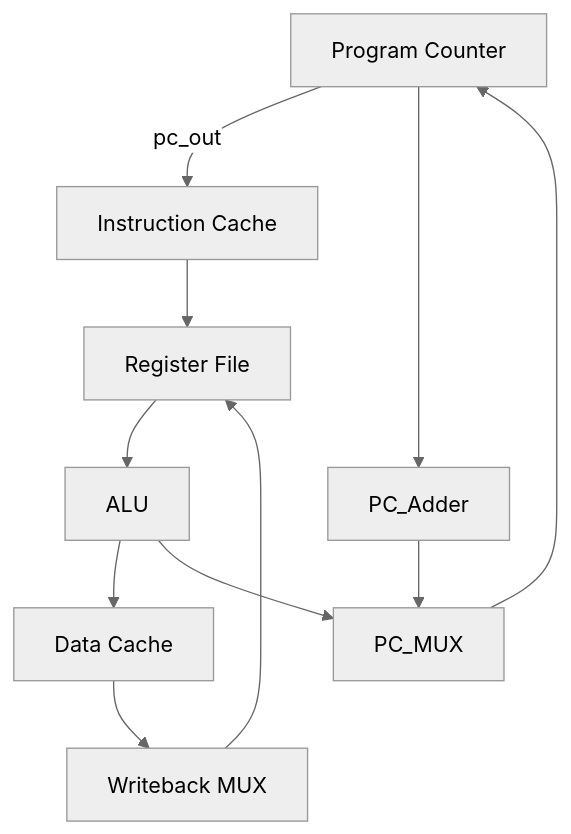
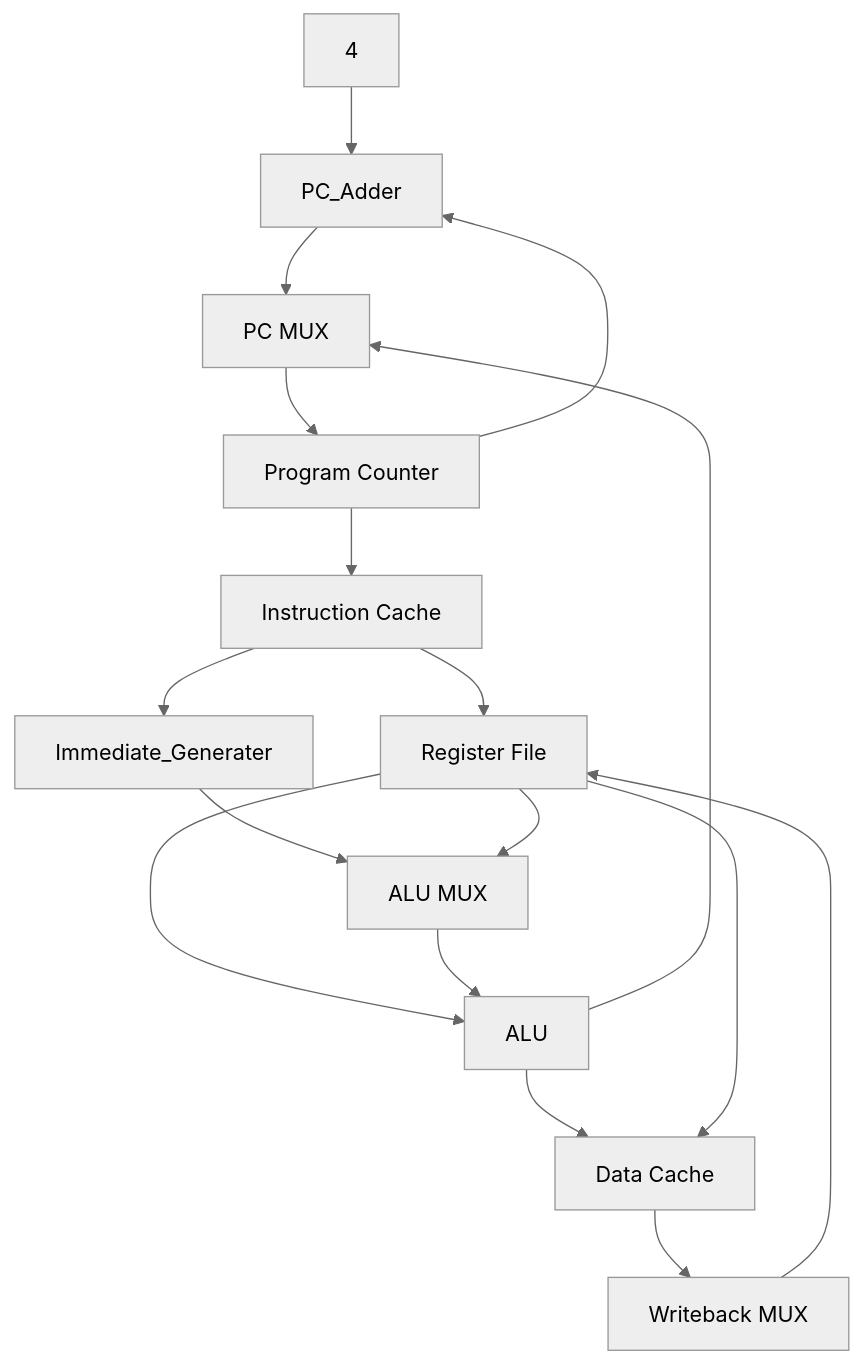
Before and after one commit to itsharshschoice/Design-and-Implementation-of-a-Single-Cycle-RISC-V-Processor: the diagram in README.md, drawn with Mermaid (neutral theme).

````diff
--- a/README.md
+++ b/README.md
@@ -23,13 +23,19 @@
 ```mermaid
 flowchart TD
-    PC[Program Counter] -->|pc_out| IC[Instruction Cache]
+    PC[Program Counter] --> IC[Instruction Cache]
     IC --> RF[Register File]
+    IC --> Immediate_Generater
+    Immediate_Generater --> MUX2[ALU MUX]
     RF --> ALU
+    RF --> MUX2[ALU MUX]
+    MUX2[ALU MUX] --> ALU
     ALU --> DC[Data Cache]
-    DC --> MUX[Writeback MUX]
-    MUX --> RF
-    ALU --> PC_MUX
+    RF --> DC
+    DC --> MUX3[Writeback MUX]
+    MUX3[Writeback MUX] --> RF
+    ALU --> MUX1[PC MUX]
     PC --> PC_Adder
-    PC_Adder --> PC_MUX
-    PC_MUX --> PC
+    4 --> PC_Adder
+    PC_Adder --> MUX1[PC MUX]
+    MUX1[PC MUX] --> PC
 ```
````
